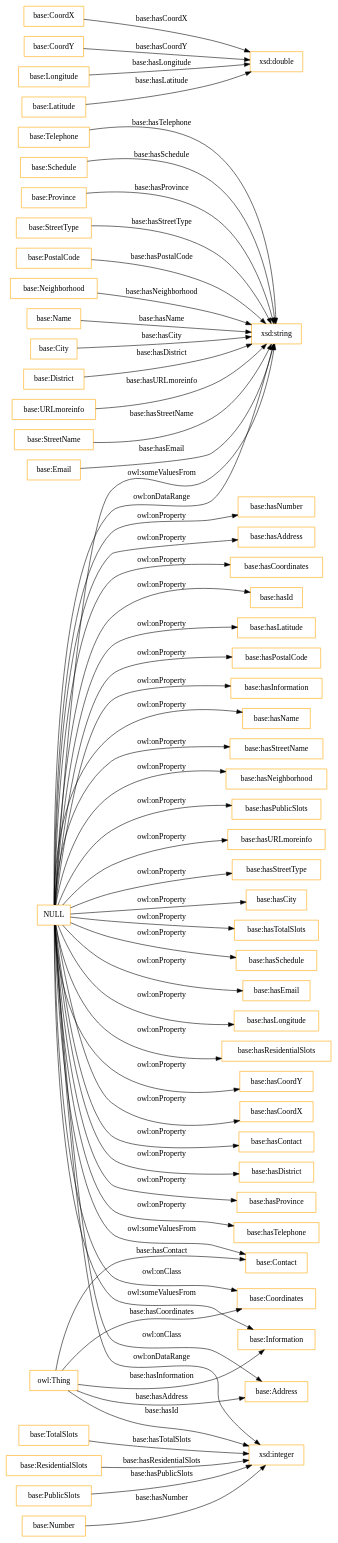
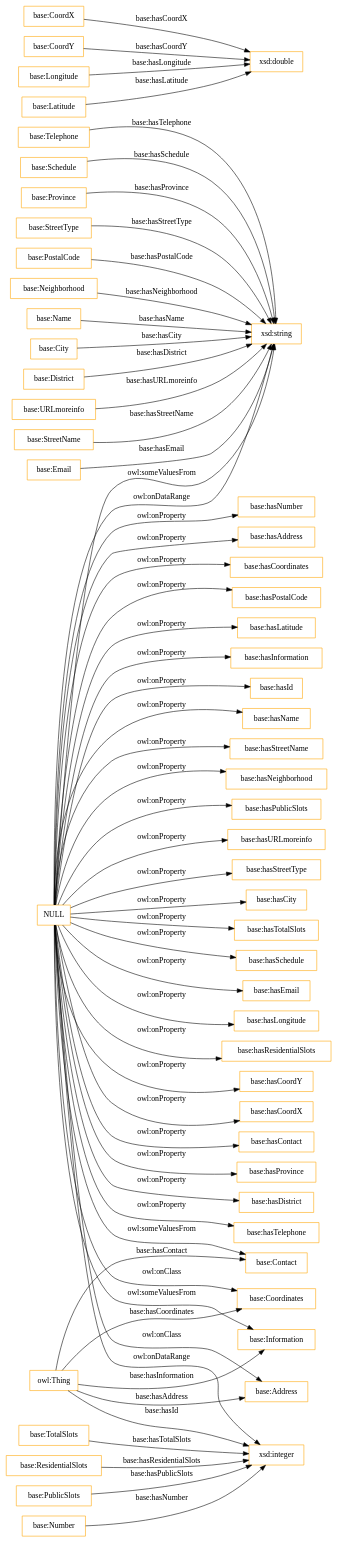
The diagram in OnToology/HandsOn/Group02/ontology/ontology.ttl/diagrams/ar2dtool-class/ontology.ttl.png.dot (adrix1341/Curso2020-2021), drawn with Graphviz before and after one commit. The commit also changed other lines of this file and 2 other files, not shown here.

```diff
--- a/OnToology/HandsOn/Group02/ontology/ontology.ttl/diagrams/ar2dtool-class/ontology.ttl.png.dot
+++ b/OnToology/HandsOn/Group02/ontology/ontology.ttl/diagrams/ar2dtool-class/ontology.ttl.png.dot
@@ -1,63 +1,63 @@
 digraph ar2dtool_diagram { 
 rankdir=LR;
 size="1501"
 node [shape = rectangle, color="orange"]; "base:Telephone" "base:Schedule" "base:Province" "base:StreetType" "base:CoordX" "base:PostalCode" "base:Contact" "base:Neighborhood" "base:Name" "base:City" "base:District" "base:CoordY" "base:TotalSlots" "base:URLmoreinfo" "base:Address" "base:ResidentialSlots" "base:StreetName" "base:PublicSlots" "base:Coordinates" "base:Email" "base:Number" "base:Longitude" "base:Information" "base:Latitude" ; /*classes style*/
 	"NULL" -> "base:hasResidentialSlots" [ label = "owl:onProperty" ];
 	"NULL" -> "base:hasCoordY" [ label = "owl:onProperty" ];
 	"NULL" -> "base:hasCoordX" [ label = "owl:onProperty" ];
 	"NULL" -> "xsd:string" [ label = "owl:someValuesFrom" ];
 	"NULL" -> "base:hasContact" [ label = "owl:onProperty" ];
+	"NULL" -> "base:hasProvince" [ label = "owl:onProperty" ];
+	"NULL" -> "xsd:integer" [ label = "owl:onDataRange" ];
 	"NULL" -> "base:hasDistrict" [ label = "owl:onProperty" ];
-	"NULL" -> "xsd:integer" [ label = "owl:onDataRange" ];
-	"NULL" -> "base:hasProvince" [ label = "owl:onProperty" ];
 	"NULL" -> "base:hasTelephone" [ label = "owl:onProperty" ];
 	"NULL" -> "base:Contact" [ label = "owl:someValuesFrom" ];
 	"NULL" -> "base:hasNumber" [ label = "owl:onProperty" ];
 	"NULL" -> "base:hasAddress" [ label = "owl:onProperty" ];
 	"NULL" -> "base:Coordinates" [ label = "owl:onClass" ];
 	"NULL" -> "base:hasCoordinates" [ label = "owl:onProperty" ];
+	"NULL" -> "base:hasPostalCode" [ label = "owl:onProperty" ];
+	"NULL" -> "base:hasLatitude" [ label = "owl:onProperty" ];
+	"NULL" -> "base:hasInformation" [ label = "owl:onProperty" ];
 	"NULL" -> "base:hasId" [ label = "owl:onProperty" ];
-	"NULL" -> "base:hasLatitude" [ label = "owl:onProperty" ];
-	"NULL" -> "base:hasPostalCode" [ label = "owl:onProperty" ];
-	"NULL" -> "base:hasInformation" [ label = "owl:onProperty" ];
 	"NULL" -> "base:hasName" [ label = "owl:onProperty" ];
 	"NULL" -> "base:hasStreetName" [ label = "owl:onProperty" ];
 	"NULL" -> "base:hasNeighborhood" [ label = "owl:onProperty" ];
 	"NULL" -> "base:hasPublicSlots" [ label = "owl:onProperty" ];
 	"NULL" -> "xsd:string" [ label = "owl:onDataRange" ];
 	"NULL" -> "base:hasURLmoreinfo" [ label = "owl:onProperty" ];
 	"NULL" -> "base:hasStreetType" [ label = "owl:onProperty" ];
 	"NULL" -> "base:hasCity" [ label = "owl:onProperty" ];
 	"NULL" -> "base:hasTotalSlots" [ label = "owl:onProperty" ];
 	"NULL" -> "base:hasSchedule" [ label = "owl:onProperty" ];
 	"NULL" -> "base:hasEmail" [ label = "owl:onProperty" ];
 	"NULL" -> "base:Information" [ label = "owl:someValuesFrom" ];
 	"NULL" -> "base:Address" [ label = "owl:onClass" ];
 	"NULL" -> "base:hasLongitude" [ label = "owl:onProperty" ];
 	"owl:Thing" -> "base:Contact" [ label = "base:hasContact" ];
 	"base:TotalSlots" -> "xsd:integer" [ label = "base:hasTotalSlots" ];
 	"base:Name" -> "xsd:string" [ label = "base:hasName" ];
 	"base:Latitude" -> "xsd:double" [ label = "base:hasLatitude" ];
 	"base:Schedule" -> "xsd:string" [ label = "base:hasSchedule" ];
 	"base:Telephone" -> "xsd:string" [ label = "base:hasTelephone" ];
 	"owl:Thing" -> "xsd:integer" [ label = "base:hasId" ];
 	"base:ResidentialSlots" -> "xsd:integer" [ label = "base:hasResidentialSlots" ];
 	"base:StreetType" -> "xsd:string" [ label = "base:hasStreetType" ];
 	"base:Number" -> "xsd:integer" [ label = "base:hasNumber" ];
 	"base:City" -> "xsd:string" [ label = "base:hasCity" ];
 	"owl:Thing" -> "base:Information" [ label = "base:hasInformation" ];
 	"base:PublicSlots" -> "xsd:integer" [ label = "base:hasPublicSlots" ];
 	"base:StreetName" -> "xsd:string" [ label = "base:hasStreetName" ];
 	"owl:Thing" -> "base:Address" [ label = "base:hasAddress" ];
 	"base:Province" -> "xsd:string" [ label = "base:hasProvince" ];
 	"owl:Thing" -> "base:Coordinates" [ label = "base:hasCoordinates" ];
 	"base:Longitude" -> "xsd:double" [ label = "base:hasLongitude" ];
 	"base:CoordX" -> "xsd:double" [ label = "base:hasCoordX" ];
 	"base:CoordY" -> "xsd:double" [ label = "base:hasCoordY" ];
 	"base:District" -> "xsd:string" [ label = "base:hasDistrict" ];
 	"base:PostalCode" -> "xsd:string" [ label = "base:hasPostalCode" ];
 	"base:Email" -> "xsd:string" [ label = "base:hasEmail" ];
 	"base:Neighborhood" -> "xsd:string" [ label = "base:hasNeighborhood" ];
 	"base:URLmoreinfo" -> "xsd:string" [ label = "base:hasURLmoreinfo" ];
 
 }
```
